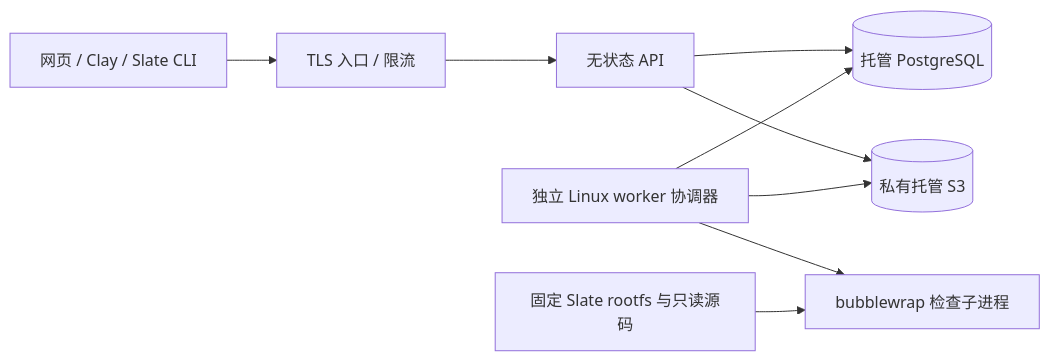
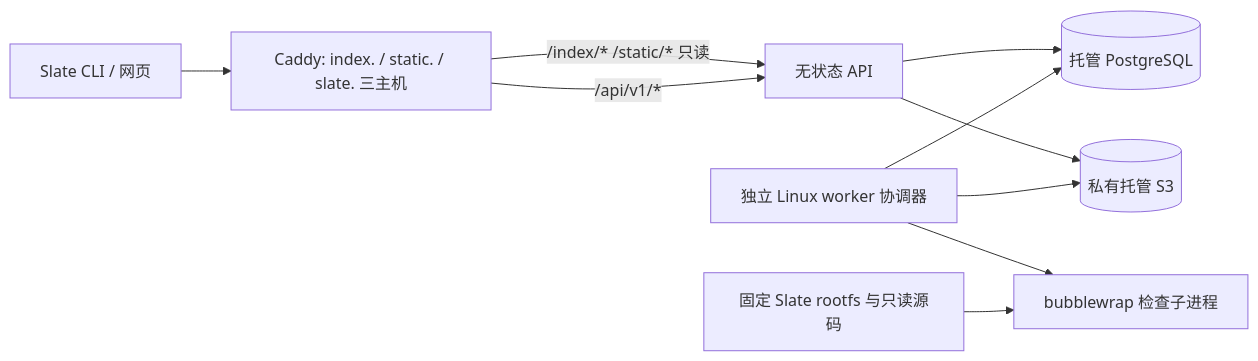
Before and after one commit to sair-math-dev/pebble: the diagram in docs/deployment.md, drawn with Mermaid. The commit also changed other lines of this file and 4 other files, not shown here.

````diff
--- a/docs/deployment.md
+++ b/docs/deployment.md
@@ -13,11 +15,12 @@
 ```mermaid
 flowchart LR
-  Client[网页 / Clay / Slate CLI] --> TLS[TLS 入口 / 限流]
-  TLS --> API[无状态 API]
+  Client[Slate CLI / 网页] --> TLS[Caddy: index. / static. / slate. 三主机]
+  TLS -->|/index/* /static/* 只读| API[无状态 API]
+  TLS -->|/api/v1/*| API
   API --> PG[(托管 PostgreSQL)]
   API --> S3[(私有托管 S3)]
   Worker[独立 Linux worker 协调器] --> PG
   Worker --> S3
   Worker --> Sandbox[bubblewrap 检查子进程]
   Rootfs[固定 Slate rootfs 与只读源码] --> Sandbox
 ```
````
